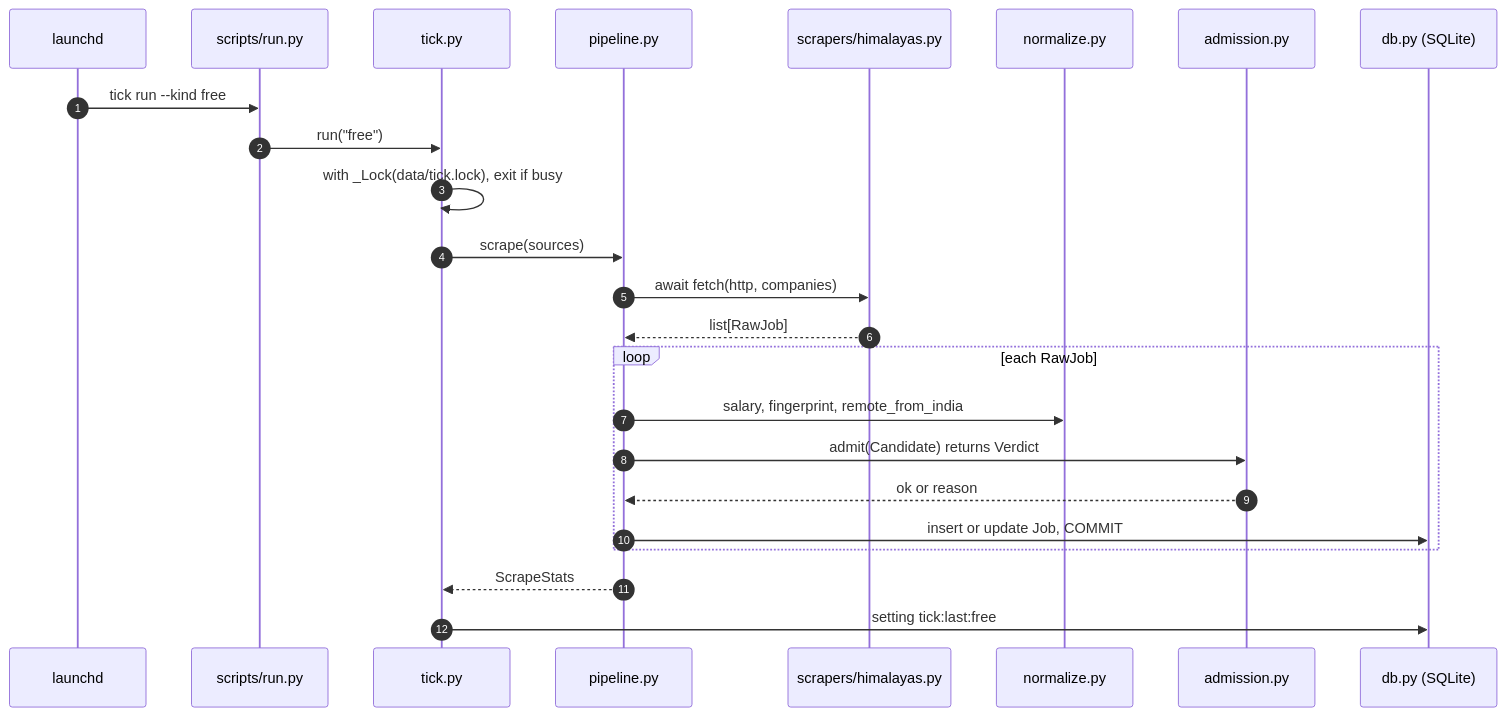
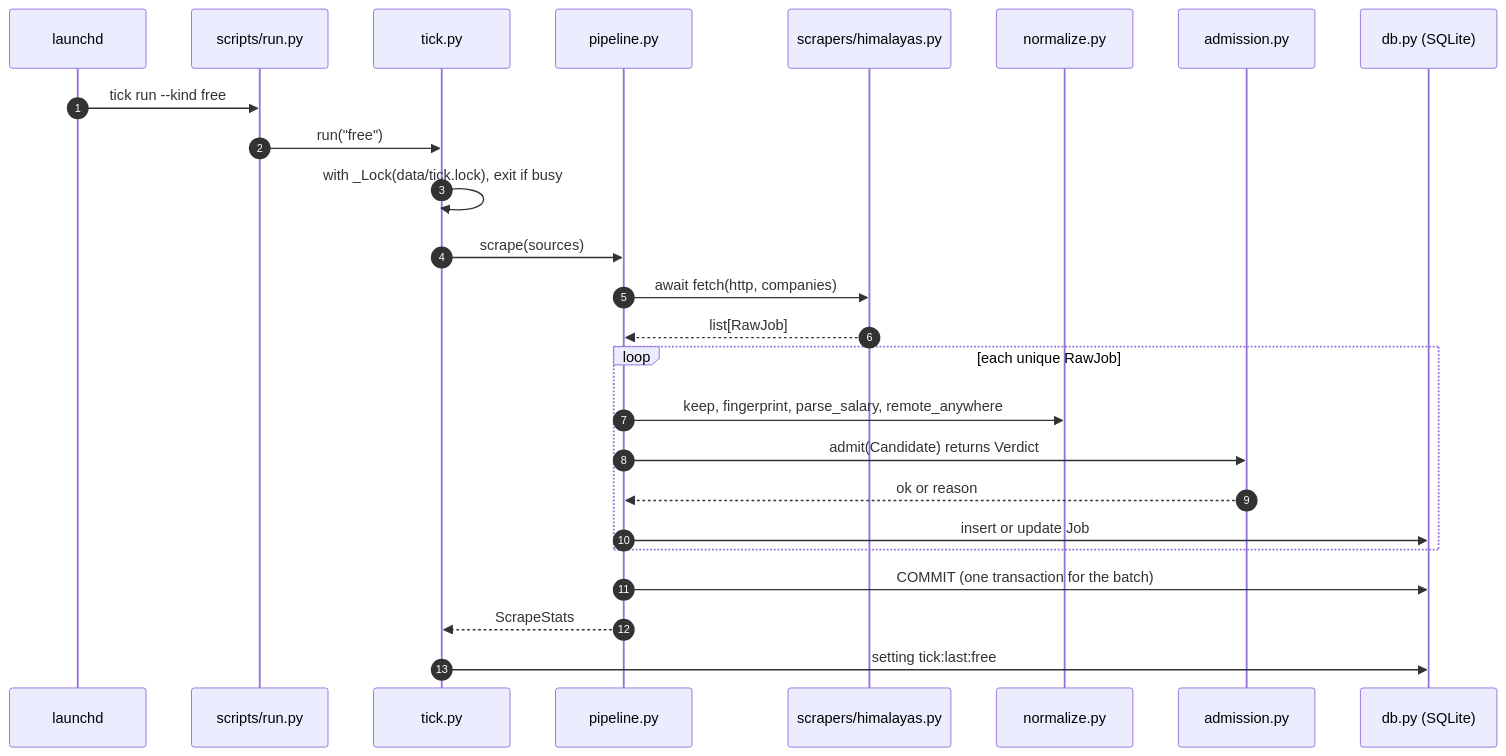
One commit to Tejmul/Zonuly changed the first of 8 diagrams in docs/system-design/06-sequence-and-activity-diagrams.md. Above: the diagram before and after it, drawn with Mermaid. The commit also changed 1 other file, not shown here.

Commit message:
System design: the scrape commits once per batch, not per item
pipeline.persist writes the batch in one transaction; the fill and people steps commit per
company. Diagram 6.1 and the crash note now say so.

````diff
--- a/docs/system-design/06-sequence-and-activity-diagrams.md
+++ b/docs/system-design/06-sequence-and-activity-diagrams.md
@@ -6,26 +6,27 @@
 ```mermaid
 sequenceDiagram
   autonumber
   participant L as launchd
   participant R as scripts/run.py
   participant T as tick.py
   participant P as pipeline.py
   participant S as scrapers/himalayas.py
   participant N as normalize.py
   participant A as admission.py
   participant DB as db.py (SQLite)
   L->>R: tick run --kind free
   R->>T: run("free")
   T->>T: with _Lock(data/tick.lock), exit if busy
   T->>P: scrape(sources)
   P->>S: await fetch(http, companies)
   S-->>P: list[RawJob]
-  loop each RawJob
-    P->>N: salary, fingerprint, remote_from_india
+  loop each unique RawJob
+    P->>N: keep, fingerprint, parse_salary, remote_anywhere
     P->>A: admit(Candidate) returns Verdict
     A-->>P: ok or reason
-    P->>DB: insert or update Job, COMMIT
+    P->>DB: insert or update Job
   end
+  P->>DB: COMMIT (one transaction for the batch)
   P-->>T: ScrapeStats
   T->>DB: setting tick:last:free
 ```
````
